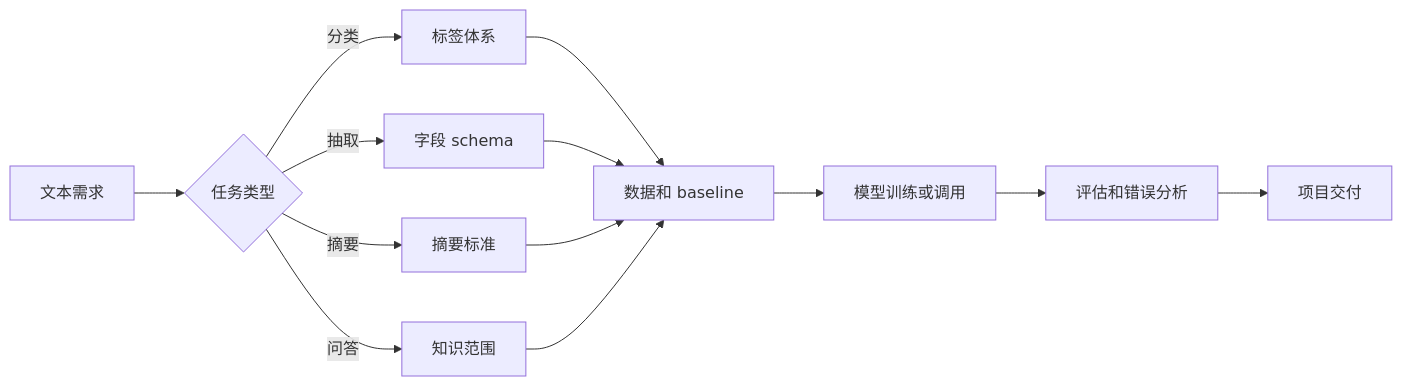
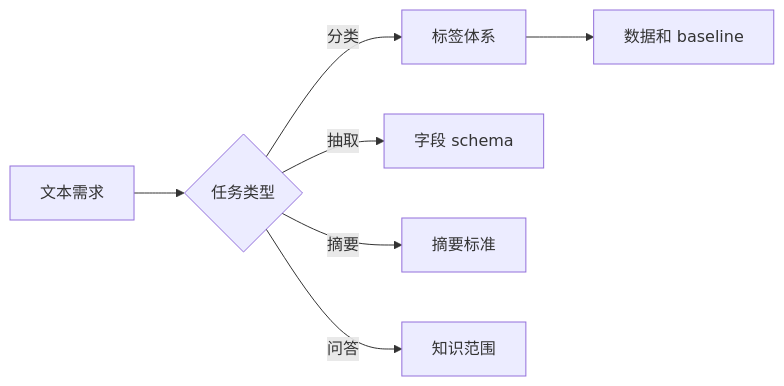
Before and after one commit to oudbiao/AI-fullstack-course: the fourth of 5 diagrams in docs/stage7/ch07-projects/00-roadmap.md, drawn with Mermaid. The commit also changed other lines of this file and 139 other files, not shown here.

````diff
--- a/docs/stage7/ch07-projects/00-roadmap.md
+++ b/docs/stage7/ch07-projects/00-roadmap.md
@@ -56,15 +62,9 @@
 ```mermaid
 flowchart LR
   A[文本需求] --> B{任务类型}
   B -- 分类 --> C[标签体系]
   B -- 抽取 --> D[字段 schema]
   B -- 摘要 --> E[摘要标准]
   B -- 问答 --> F[知识范围]
   C --> G[数据和 baseline]
-  D --> G
-  E --> G
-  F --> G
-  G --> H[模型训练或调用]
-  H --> I[评估和错误分析]
-  I --> J[项目交付]
 ```
````
